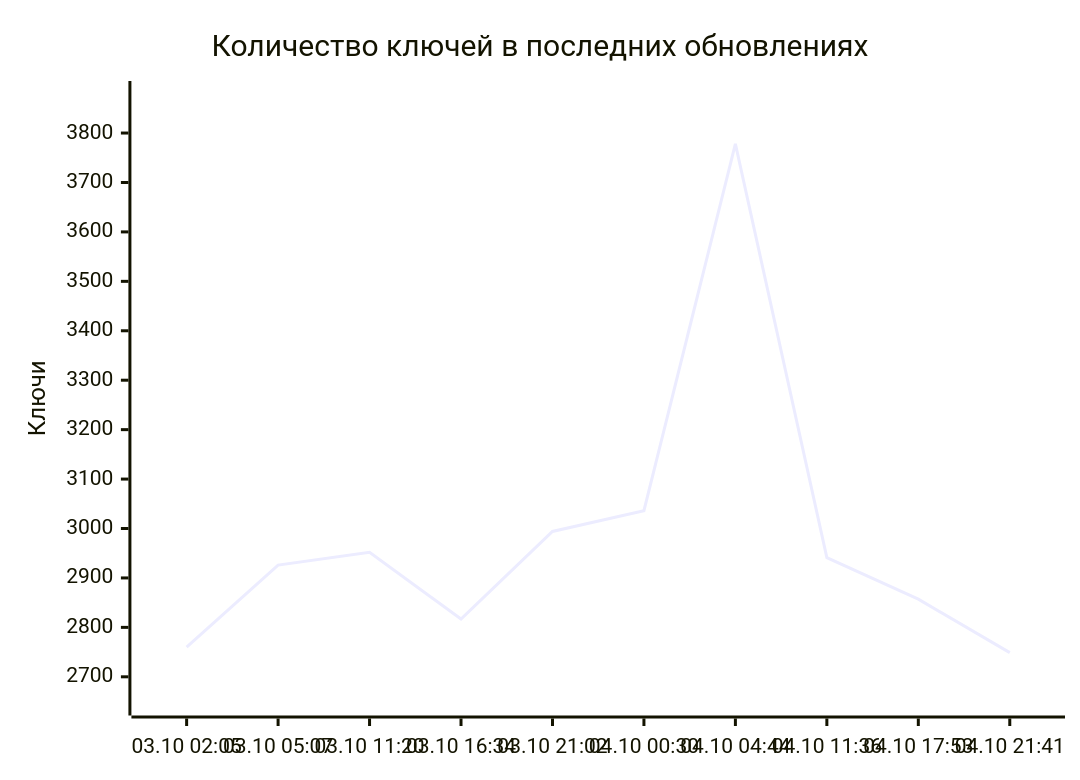
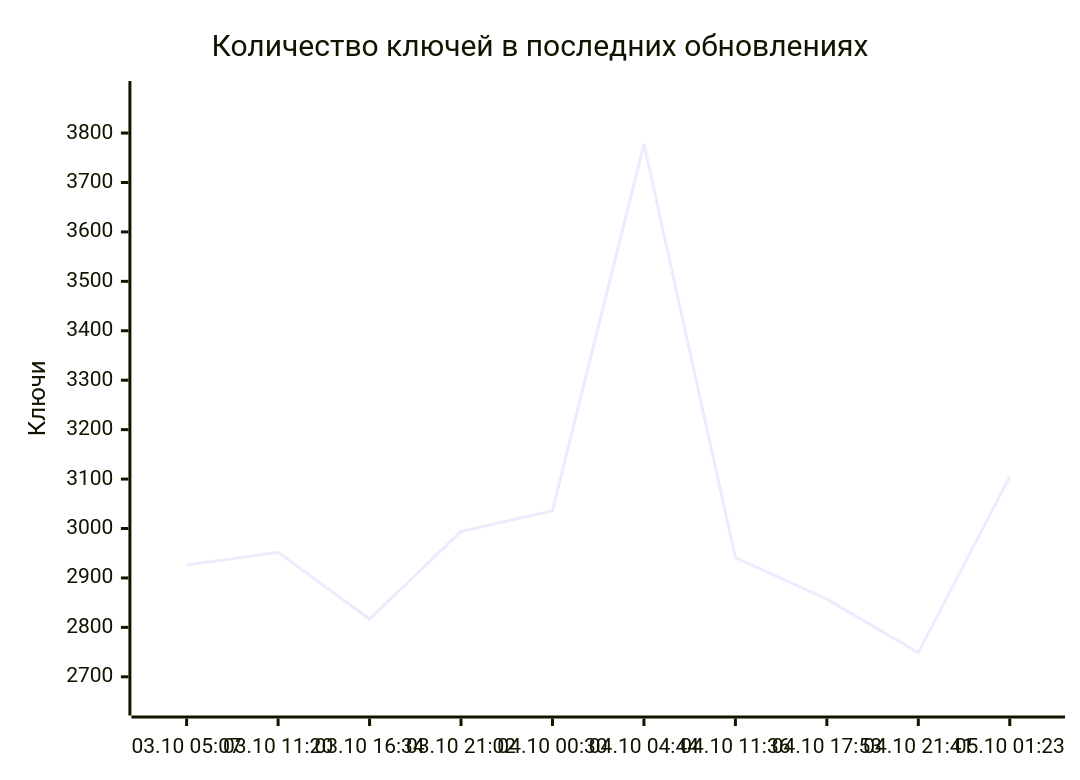
One commit to markKikhtenko/WireVeil changed the diagram in README.md. Above: the diagram before and after it, drawn with Mermaid. The commit also changed other lines of this file and 13 other files, not shown here.

````diff
--- a/README.md
+++ b/README.md
@@ -55,7 +55,7 @@
 ```mermaid
 xychart-beta
     title "Количество ключей в последних обновлениях"
-    x-axis ["03.10 02:05", "03.10 05:07", "03.10 11:20", "03.10 16:34", "03.10 21:02", "04.10 00:30", "04.10 04:44", "04.10 11:36", "04.10 17:53", "04.10 21:41"]
+    x-axis ["03.10 05:07", "03.10 11:20", "03.10 16:34", "03.10 21:02", "04.10 00:30", "04.10 04:44", "04.10 11:36", "04.10 17:53", "04.10 21:41", "05.10 01:23"]
     y-axis "Ключи" 2646 --> 3881
-    line [2760, 2926, 2952, 2817, 2994, 3036, 3778, 2941, 2857, 2749]
+    line [2926, 2952, 2817, 2994, 3036, 3778, 2941, 2857, 2749, 3105]
 ```
````
